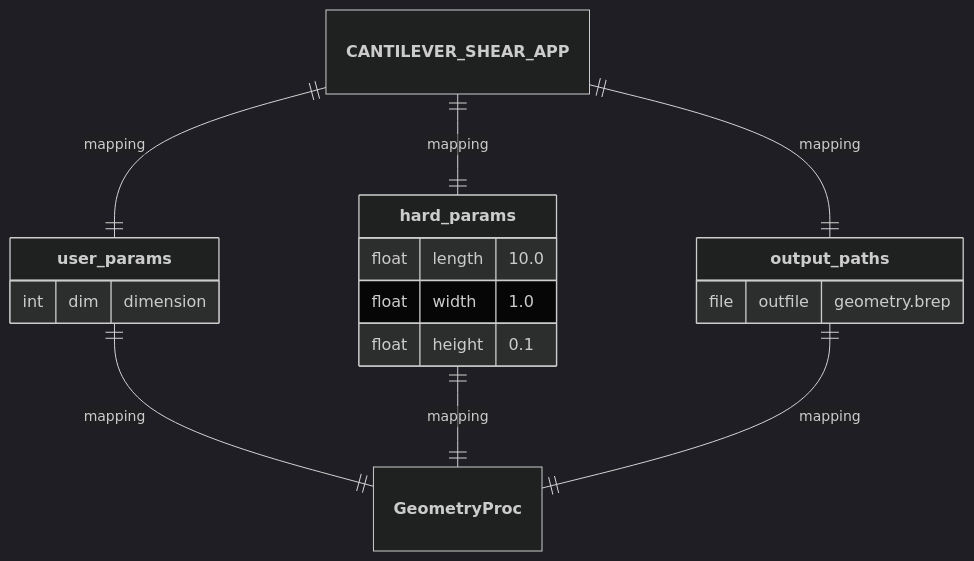
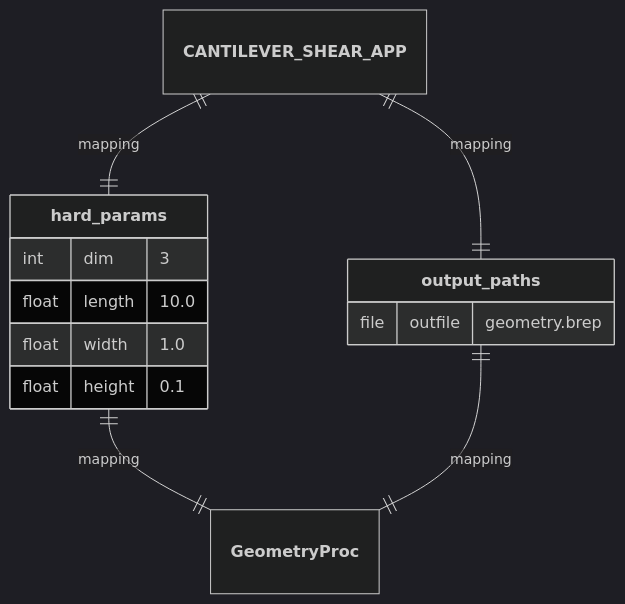
One commit to nuremics/sim-labs changed the second of 10 diagrams in src/nuremics_labs/apps/simulation/CANTILEVER_SHEAR_APP/README.md. Above: the diagram before and after it, drawn with Mermaid (dark theme). The commit also changed other lines of this file and 1 other file, not shown here.

Commit message:
define dim as hard_params

````diff
--- a/src/nuremics_labs/apps/simulation/CANTILEVER_SHEAR_APP/README.md
+++ b/src/nuremics_labs/apps/simulation/CANTILEVER_SHEAR_APP/README.md
@@ -44,21 +44,17 @@
 ```mermaid
 erDiagram
-  **CANTILEVER_SHEAR_APP** ||--|| **user_params** : mapping
   **CANTILEVER_SHEAR_APP** ||--|| **hard_params** : mapping
   **CANTILEVER_SHEAR_APP** ||--|| **output_paths** : mapping
-  **user_params** ||--|| **GeometryProc** : mapping
   **hard_params** ||--|| **GeometryProc** : mapping
   **output_paths** ||--|| **GeometryProc** : mapping
 
-  **user_params** {
-    int dim "dimension"
-  }
   **hard_params** {
+    int dim "3"
     float length "10.0"
     float width "1.0"
     float height "0.1"
   }
   **output_paths** {
     file outfile "geometry.brep"
   }
 ```
````
